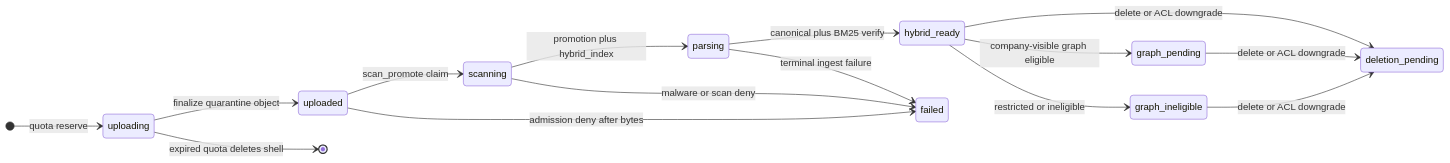
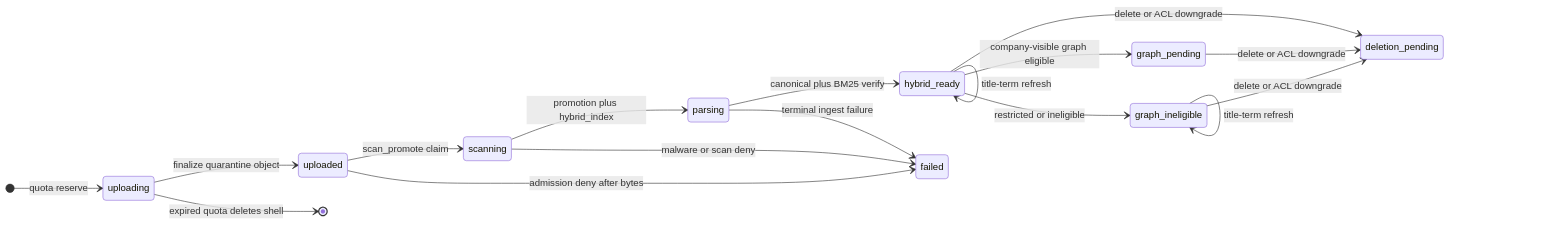
Before and after one commit to Nagdy8888/smart-rag: the fifth of 5 diagrams in docs/ingestion/JOB_STATE_MACHINE.md, drawn with Mermaid. The commit also changed other lines of this file and 32 other files, not shown here.

````diff
--- a/docs/ingestion/JOB_STATE_MACHINE.md
+++ b/docs/ingestion/JOB_STATE_MACHINE.md
@@ -139,18 +139,20 @@
 ```mermaid
 stateDiagram-v2
   direction LR
   [*] --> uploading: quota reserve
   uploading --> uploaded: finalize quarantine object
   uploading --> [*]: expired quota deletes shell
   uploaded --> scanning: scan_promote claim
   scanning --> parsing: promotion plus hybrid_index
   parsing --> hybrid_ready: canonical plus BM25 verify
   parsing --> failed: terminal ingest failure
   hybrid_ready --> graph_pending: company-visible graph eligible
   hybrid_ready --> graph_ineligible: restricted or ineligible
+  graph_ineligible --> graph_ineligible: title-term refresh
+  hybrid_ready --> hybrid_ready: title-term refresh
   hybrid_ready --> deletion_pending: delete or ACL downgrade
   graph_pending --> deletion_pending: delete or ACL downgrade
   graph_ineligible --> deletion_pending: delete or ACL downgrade
   scanning --> failed: malware or scan deny
   uploaded --> failed: admission deny after bytes
 ```
````
